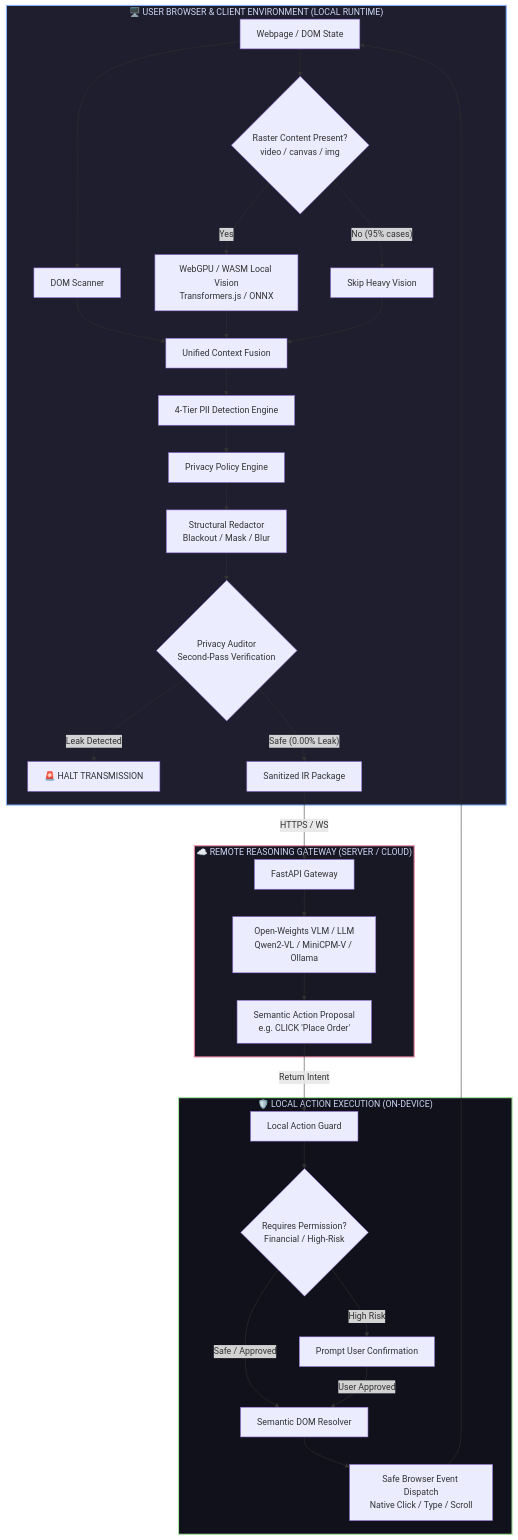
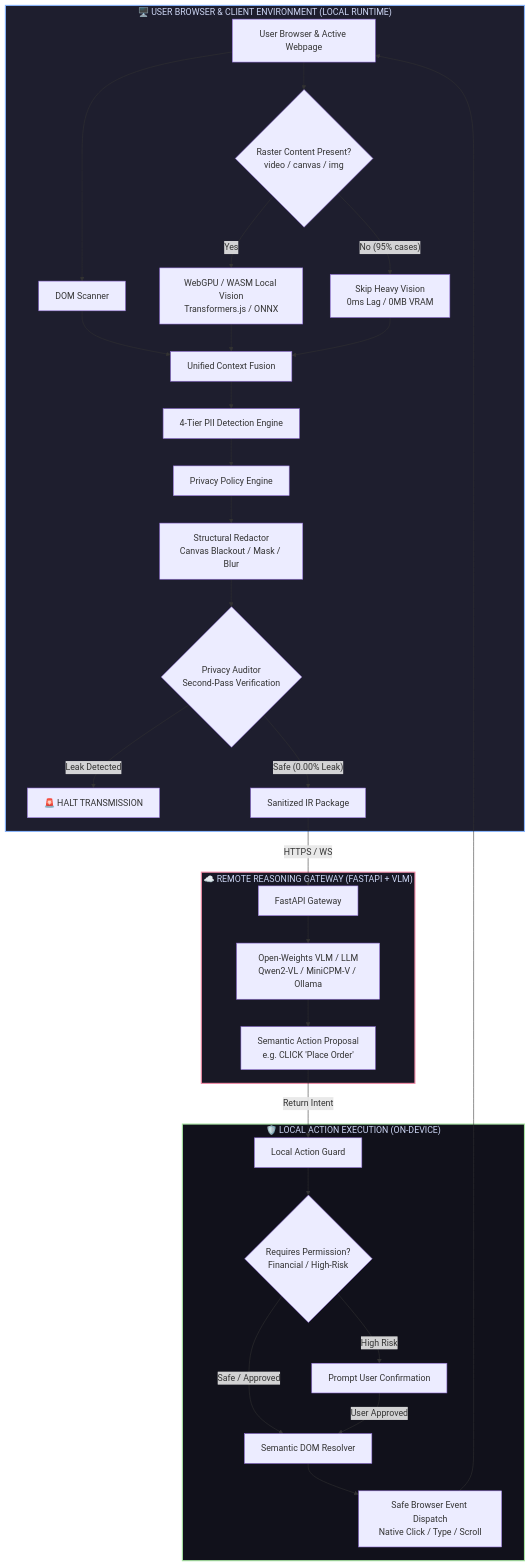
Before and after one commit to theninthfoundry/veil-: the first of 2 diagrams in README.md, drawn with Mermaid. The commit also changed other lines of this file, not shown here.

````diff
--- a/README.md
+++ b/README.md
@@ -137,45 +141,45 @@
 ```mermaid
 flowchart TD
     subgraph Client["🖥️ USER BROWSER & CLIENT ENVIRONMENT (LOCAL RUNTIME)"]
-        A[Webpage / DOM State] --> B[DOM Scanner]
+        A[User Browser & Active Webpage] --> B[DOM Scanner]
         A --> C{Raster Content Present?<br>video / canvas / img}
         
         C -- Yes --> D[WebGPU / WASM Local Vision<br>Transformers.js / ONNX]
-        C -- No (95% cases) --> E[Skip Heavy Vision]
+        C -- No (95% cases) --> E[Skip Heavy Vision<br>0ms Lag / 0MB VRAM]
         
         B --> F[Unified Context Fusion]
         D --> F
         E --> F
         
         F --> G[4-Tier PII Detection Engine]
         G --> H[Privacy Policy Engine]
-        H --> I[Structural Redactor<br>Blackout / Mask / Blur]
+        H --> I[Structural Redactor<br>Canvas Blackout / Mask / Blur]
         
         I --> J{Privacy Auditor<br>Second-Pass Verification}
         J -- Leak Detected --> K[🚨 HALT TRANSMISSION]
         J -- Safe (0.00% Leak) --> L[Sanitized IR Package]
     end
 
-    subgraph Server["☁️ REMOTE REASONING GATEWAY (SERVER / CLOUD)"]
+    subgraph Server["☁️ REMOTE REASONING GATEWAY (FASTAPI + VLM)"]
         L -- HTTPS / WS --> M[FastAPI Gateway]
         M --> N[Open-Weights VLM / LLM<br>Qwen2-VL / MiniCPM-V / Ollama]
         N --> O[Semantic Action Proposal<br>e.g. CLICK 'Place Order']
     end
 
     subgraph Guard["🛡️ LOCAL ACTION EXECUTION (ON-DEVICE)"]
         O -- Return Intent --> P[Local Action Guard]
         P --> Q{Requires Permission?<br>Financial / High-Risk}
         Q -- High Risk --> R[Prompt User Confirmation]
         Q -- Safe / Approved --> S[Semantic DOM Resolver]
         R -- User Approved --> S
         S --> T[Safe Browser Event Dispatch<br>Native Click / Type / Scroll]
         T --> A
     end
 
     classDef client fill:#1e1e2e,stroke:#89b4fa,stroke-width:2px,color:#cdd6f4;
     classDef server fill:#181825,stroke:#f38ba8,stroke-width:2px,color:#cdd6f4;
     classDef guard fill:#11111b,stroke:#a6e3a1,stroke-width:2px,color:#cdd6f4;
     class Client client;
     class Server server;
     class Guard guard;
 ```
````
